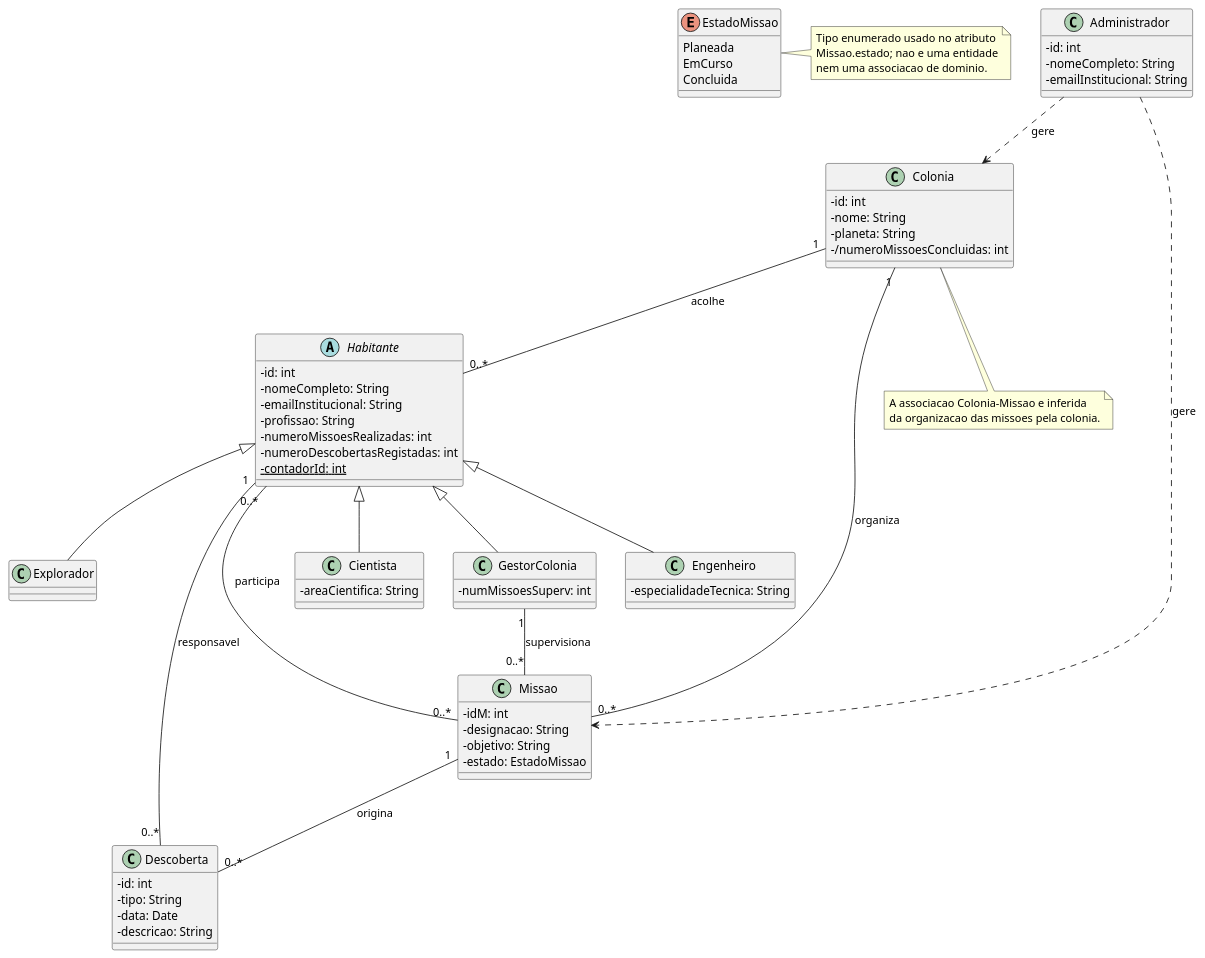
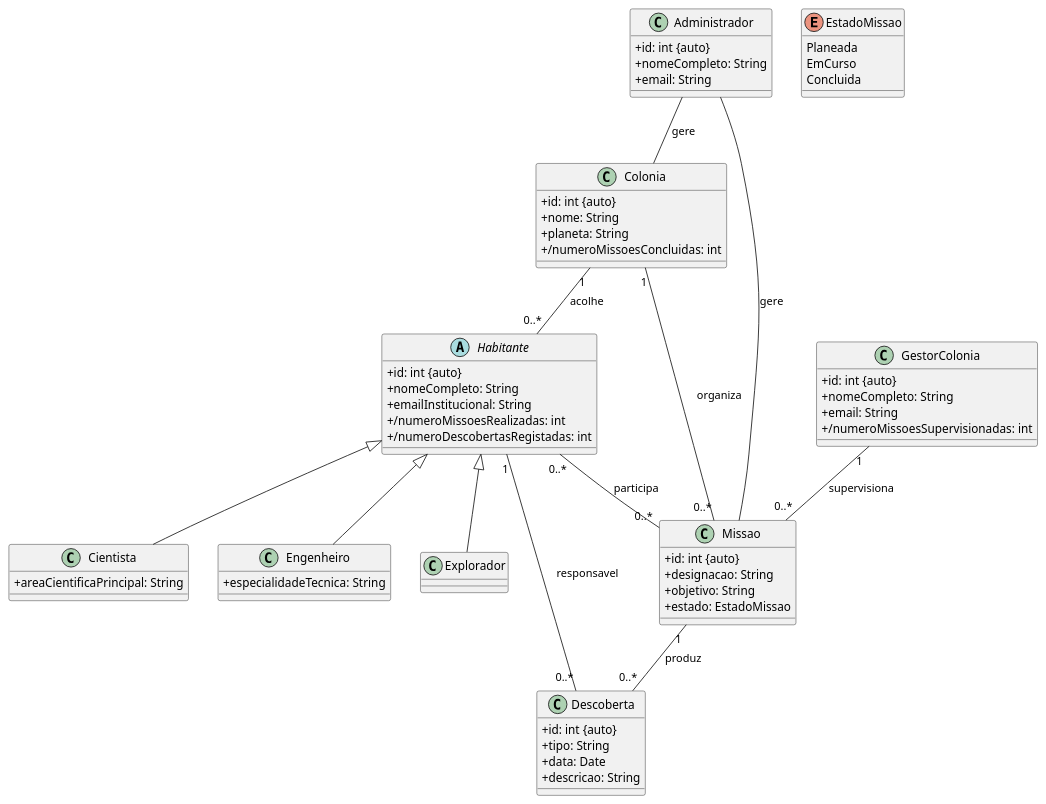
The diagram in uml_projeto_legsi.puml (vanderkaii/projeto-po-legsi-2627), drawn with PlantUML before and after one commit. The commit also changed 11 other files, not shown here.

```diff
--- a/uml_projeto_legsi.puml
+++ b/uml_projeto_legsi.puml
@@ -1,86 +1,76 @@
 @startuml
 skinparam classAttributeIconSize 0
 
 abstract class Habitante {
-  - id: int
-  - nomeCompleto: String
-  - emailInstitucional: String
-  - profissao: String
-  - numeroMissoesRealizadas: int
-  - numeroDescobertasRegistadas: int
-  - contadorId: int {static}
+  +id: int {auto}
+  +nomeCompleto: String
+  +emailInstitucional: String
+  +/numeroMissoesRealizadas: int
+  +/numeroDescobertasRegistadas: int
 }
 
 class Cientista {
-  - areaCientifica: String
+  +areaCientificaPrincipal: String
 }
 
 class Engenheiro {
-  - especialidadeTecnica: String
+  +especialidadeTecnica: String
 }
 
 class Explorador
 
-class Administrador {
-  - id: int
-  - nomeCompleto: String
-  - emailInstitucional: String
+class Colonia {
+  +id: int {auto}
+  +nome: String
+  +planeta: String
+  +/numeroMissoesConcluidas: int
 }
 
 class GestorColonia {
-  - numMissoesSuperv: int
+  +id: int {auto}
+  +nomeCompleto: String
+  +email: String
+  +/numeroMissoesSupervisionadas: int
 }
 
-class Colonia {
-  - id: int
-  - nome: String
-  - planeta: String
-  - /numeroMissoesConcluidas: int
+class Administrador {
+  +id: int {auto}
+  +nomeCompleto: String
+  +email: String
 }
 
 class Missao {
-  - idM: int
-  - designacao: String
-  - objetivo: String
-  - estado: EstadoMissao
+  +id: int {auto}
+  +designacao: String
+  +objetivo: String
+  +estado: EstadoMissao
 }
 
 class Descoberta {
-  - id: int
-  - tipo: String
-  - data: Date
-  - descricao: String
+  +id: int {auto}
+  +tipo: String
+  +data: Date
+  +descricao: String
 }
 
+' Estado da missão: valor discreto, não uma entidade de domínio.
 enum EstadoMissao {
   Planeada
   EmCurso
   Concluida
 }
 
 Habitante <|-- Cientista
 Habitante <|-- Engenheiro
 Habitante <|-- Explorador
-Habitante <|-- GestorColonia
 
 Colonia "1" -- "0..*" Habitante : acolhe
 Colonia "1" -- "0..*" Missao : organiza
 Habitante "0..*" -- "0..*" Missao : participa
 GestorColonia "1" -- "0..*" Missao : supervisiona
-Missao "1" -- "0..*" Descoberta : origina
+Missao "1" -- "0..*" Descoberta : produz
 Habitante "1" -- "0..*" Descoberta : responsavel
+Administrador -- Colonia : gere
+Administrador -- Missao : gere
 
-Administrador ..> Colonia : gere
-Administrador ..> Missao : gere
-
-note right of EstadoMissao
-  Tipo enumerado usado no atributo
-  Missao.estado; nao e uma entidade
-  nem uma associacao de dominio.
-end note
-
-note bottom of Colonia
-  A associacao Colonia-Missao e inferida
-  da organizacao das missoes pela colonia.
-end note
 @enduml
```
